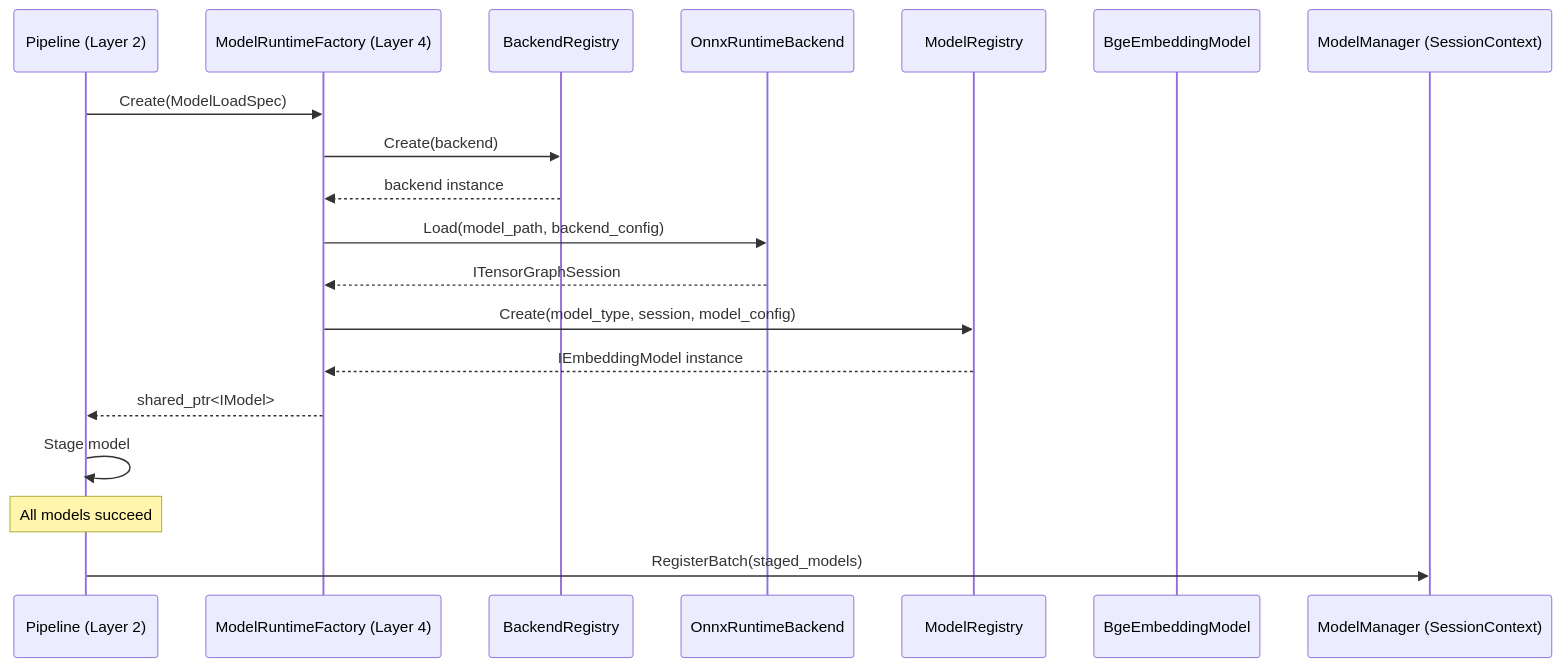
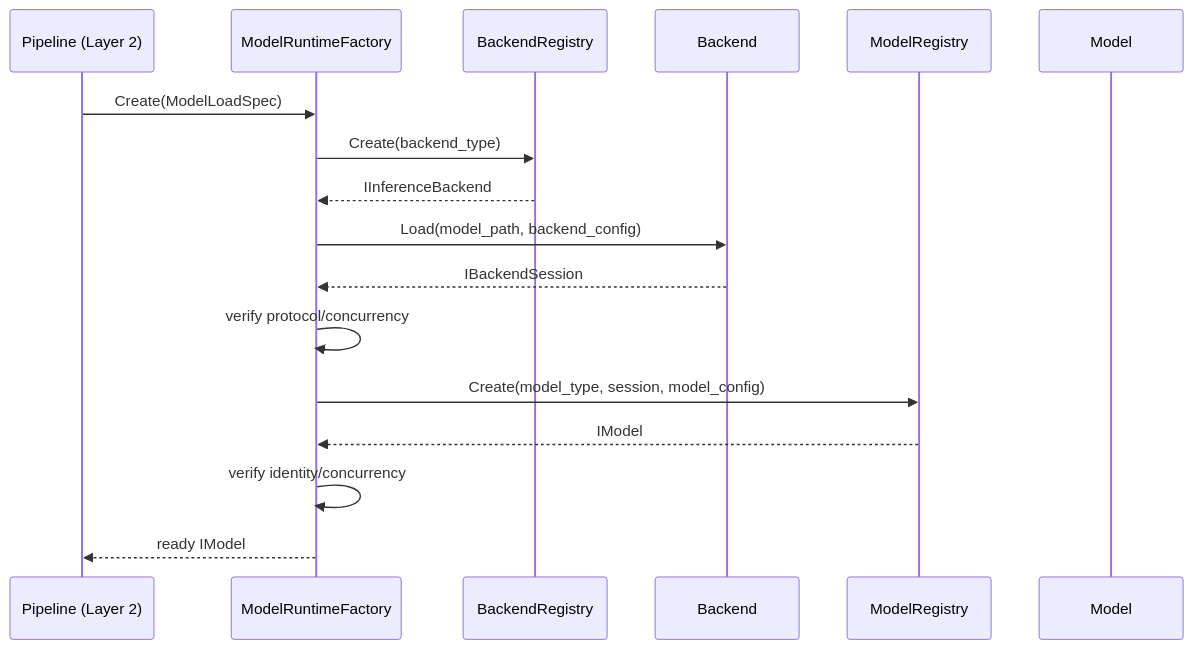
The diagram in doc/rfcs/0015-model-capability-backend-decoupling.md (chamsechan/LLM-EdgeFlow), drawn with Mermaid before and after one commit. The commit also changed other lines of this file and 1 other file, not shown here.

Commit message:
docs(rfc): restore implementable model runtime specification

````diff
--- a/doc/rfcs/0015-model-capability-backend-decoupling.md
+++ b/doc/rfcs/0015-model-capability-backend-decoupling.md
@@ -329,22 +873,19 @@
 ```mermaid
 sequenceDiagram
     participant P as Pipeline (Layer 2)
-    participant F as ModelRuntimeFactory (Layer 4)
+    participant F as ModelRuntimeFactory
     participant BR as BackendRegistry
-    participant B as OnnxRuntimeBackend
+    participant B as Backend
     participant MR as ModelRegistry
-    participant M as BgeEmbeddingModel
-    participant MM as ModelManager (SessionContext)
-
+    participant M as Model
     P->>F: Create(ModelLoadSpec)
-    F->>BR: Create(backend)
-    BR-->>F: backend instance
+    F->>BR: Create(backend_type)
+    BR-->>F: IInferenceBackend
     F->>B: Load(model_path, backend_config)
-    B-->>F: ITensorGraphSession
+    B-->>F: IBackendSession
+    F->>F: verify protocol/concurrency
     F->>MR: Create(model_type, session, model_config)
-    MR-->>F: IEmbeddingModel instance
-    F-->>P: shared_ptr<IModel>
-    P->>P: Stage model
-    Note over P: All models succeed
-    P->>MM: RegisterBatch(staged_models)
+    MR-->>F: IModel
+    F->>F: verify identity/concurrency
+    F-->>P: ready IModel
 ```
````
